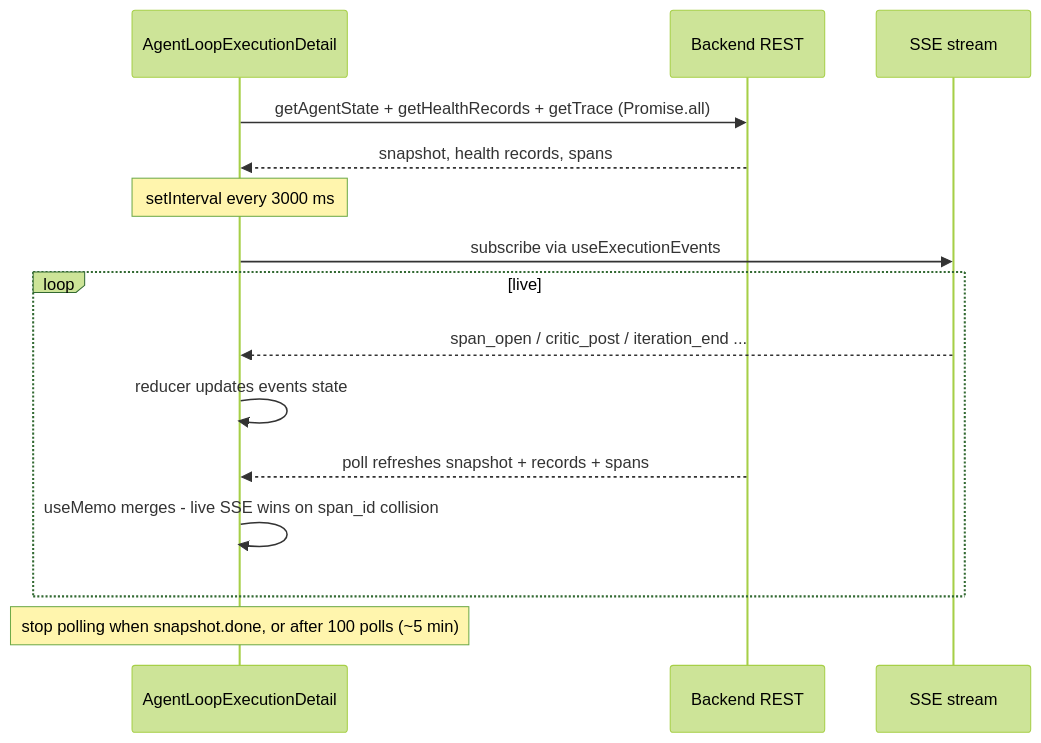
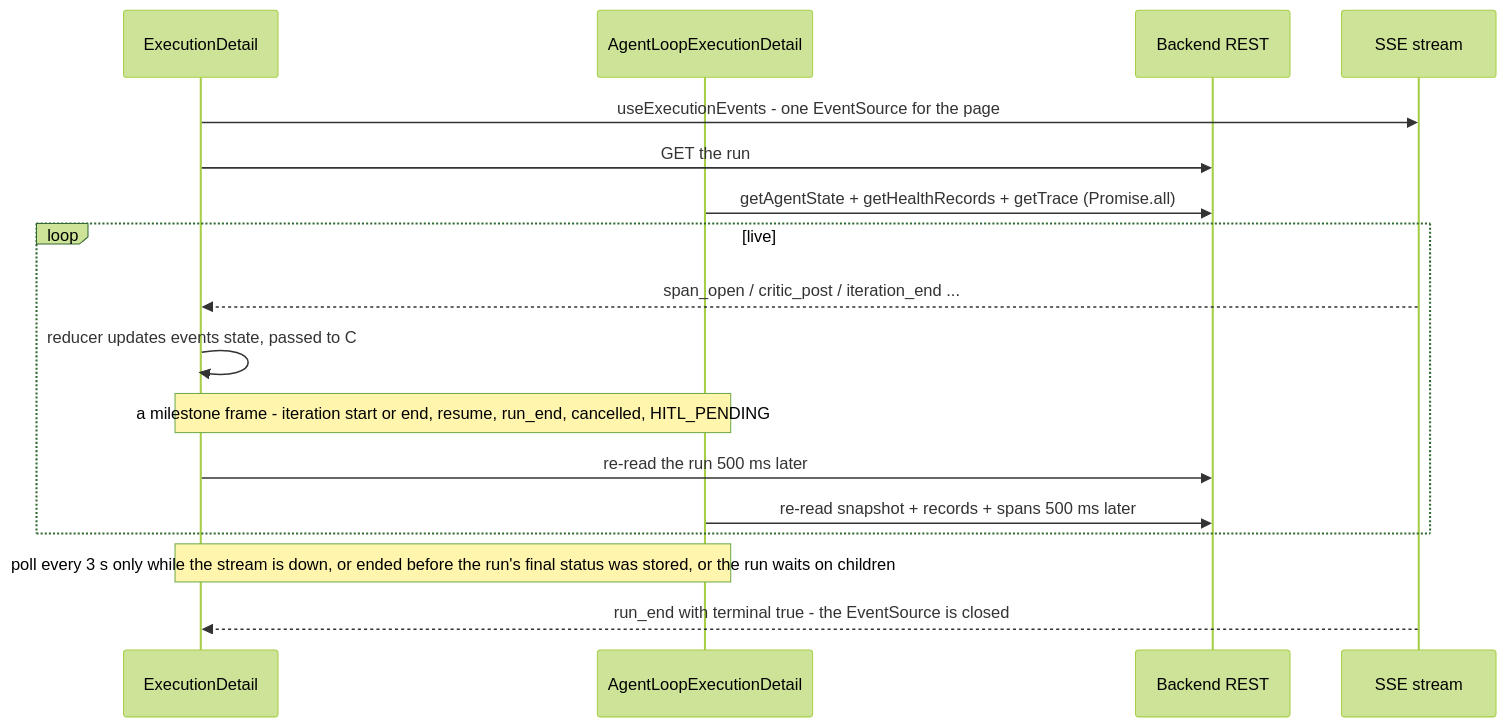
Diagram 13 of 26 in docs/current/16-frontend.md (gondolerahul/hire-buddha-app), drawn with Mermaid (forest theme) before and after one commit. The commit also changed other lines of this file and 31 other files, not shown here.

````diff
--- a/docs/current/16-frontend.md
+++ b/docs/current/16-frontend.md
@@ -1207,20 +1210,22 @@
 ```mermaid
 sequenceDiagram
+    participant P as ExecutionDetail
     participant C as AgentLoopExecutionDetail
     participant API as Backend REST
     participant SSE as SSE stream
 
+    P->>SSE: useExecutionEvents - one EventSource for the page
+    P->>API: GET the run
     C->>API: getAgentState + getHealthRecords + getTrace (Promise.all)
-    API-->>C: snapshot, health records, spans
-    Note over C: setInterval every 3000 ms
-    C->>SSE: subscribe via useExecutionEvents
 
     loop live
-        SSE-->>C: span_open / critic_post / iteration_end ...
-        C->>C: reducer updates events state
-        API-->>C: poll refreshes snapshot + records + spans
-        C->>C: useMemo merges - live SSE wins on span_id collision
+        SSE-->>P: span_open / critic_post / iteration_end ...
+        P->>P: reducer updates events state, passed to C
+        Note over P,C: a milestone frame - iteration start or end, resume, run_end, cancelled, HITL_PENDING
+        P->>API: re-read the run 500 ms later
+        C->>API: re-read snapshot + records + spans 500 ms later
     end
 
-    Note over C: stop polling when snapshot.done, or after 100 polls (~5 min)
+    Note over P,C: poll every 3 s only while the stream is down, or ended before the run's final status was stored, or the run waits on children
+    SSE-->>P: run_end with terminal true - the EventSource is closed
 ```
````
